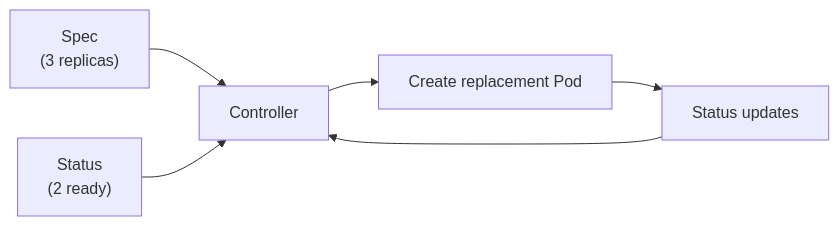
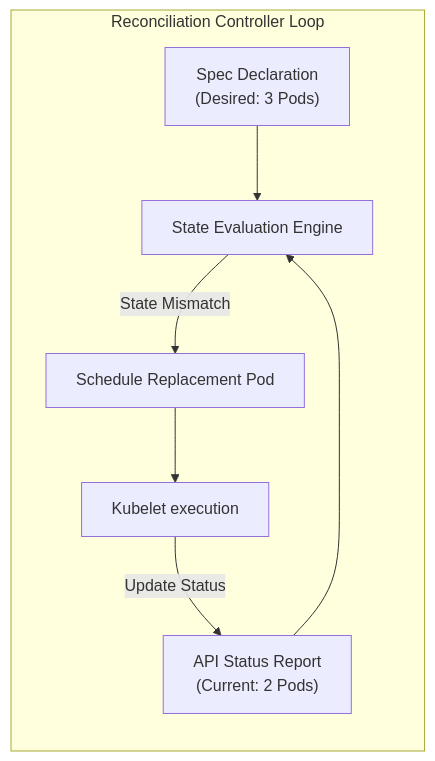
One commit to senlinyy/dev-roadmaps changed the second of 3 diagrams in containers-orchestration/kubernetes/fundamentals/why-kubernetes-exists.md. Above: the diagram before and after it, drawn with Mermaid. The commit also changed other lines of this file and 343 other files, not shown here.

````diff
--- a/containers-orchestration/kubernetes/fundamentals/why-kubernetes-exists.md
+++ b/containers-orchestration/kubernetes/fundamentals/why-kubernetes-exists.md
@@ -167,8 +250,10 @@
 ```mermaid
 flowchart LR
-    A["Spec<br/>(3 replicas)"] --> B["Controller"]
-    C["Status<br/>(2 ready)"] --> B
-    B --> D["Create replacement Pod"]
-    D --> E["Status updates"]
-    E --> B
+    subgraph ReconciliationLoop["Reconciliation Controller Loop"]
+        A["Spec Declaration<br/>(Desired: 3 Pods)"] --> B["State Evaluation Engine"]
+        C["API Status Report<br/>(Current: 2 Pods)"] --> B
+        B --> |State Mismatch| D["Schedule Replacement Pod"]
+        D --> E["Kubelet execution"]
+        E --> |Update Status| C
+    end
 ```
````
